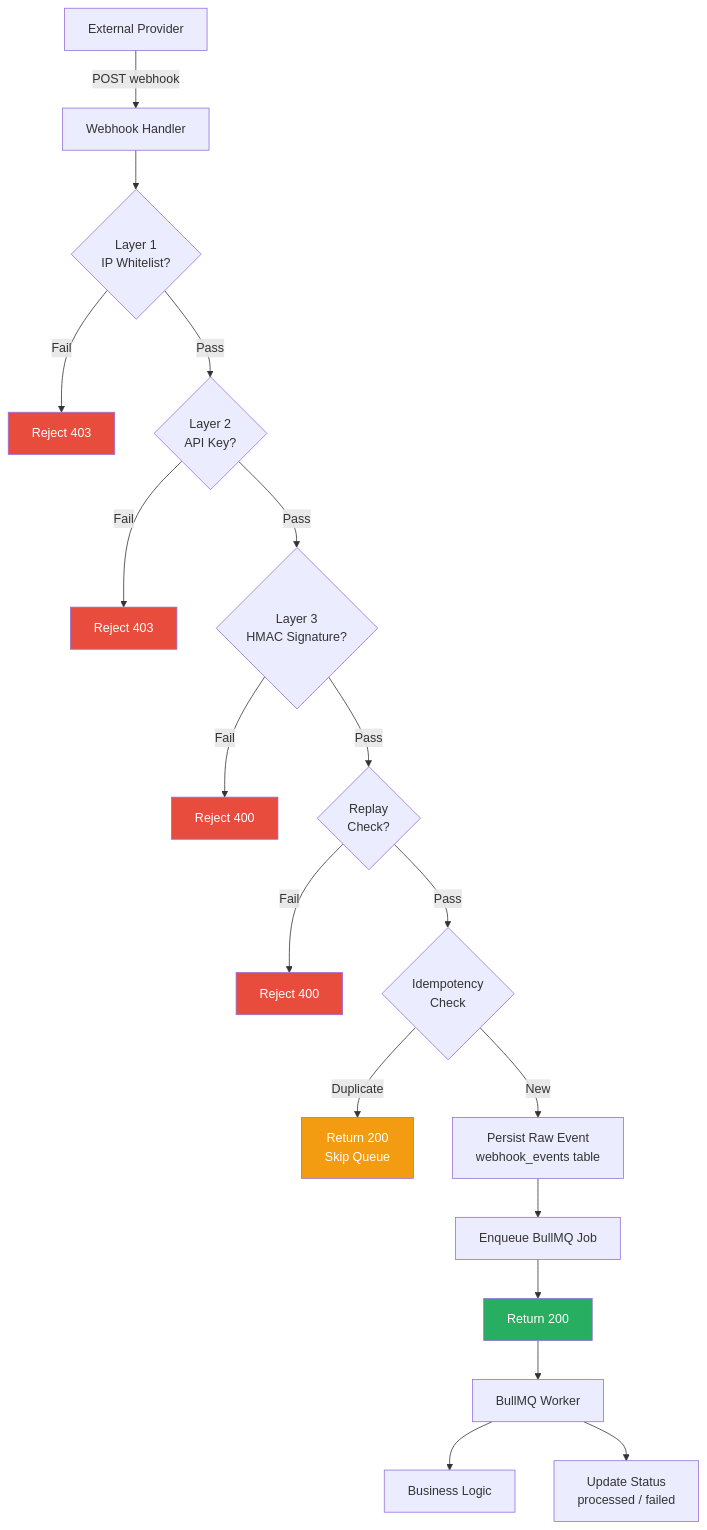
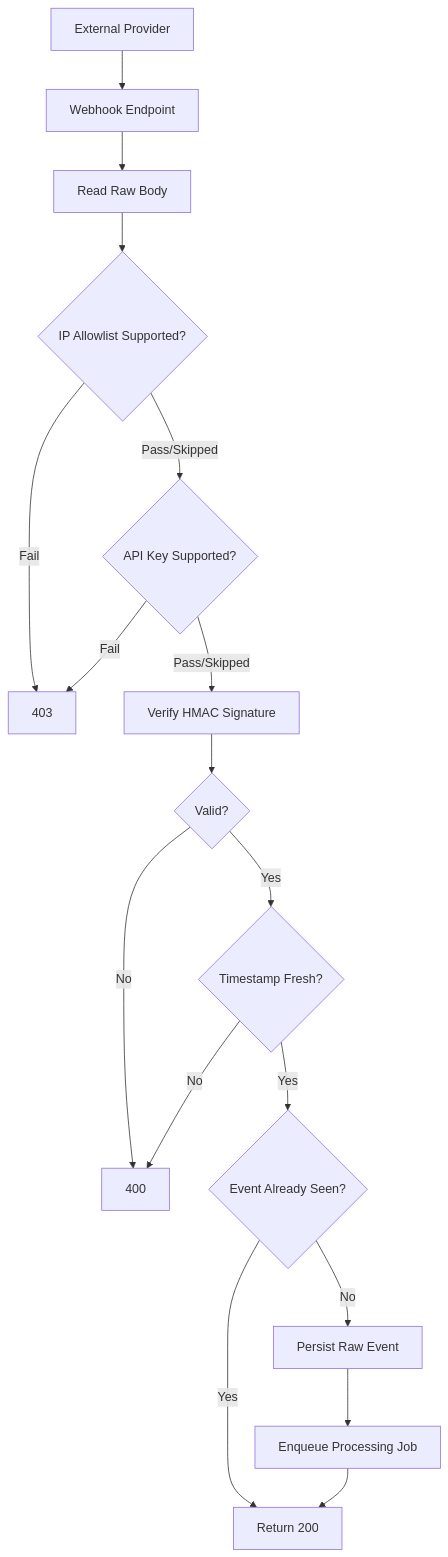
Before and after one commit to takin/knowledge-base: the tenth of 13 diagrams in raw/engineering/tech-stacks/2026-04-15-backend-bun-elysia-stack.md, drawn with Mermaid. The commit also changed other lines of this file and 50 other files, not shown here.

````diff
--- a/raw/engineering/tech-stacks/2026-04-15-backend-bun-elysia-stack.md
+++ b/raw/engineering/tech-stacks/2026-04-15-backend-bun-elysia-stack.md
@@ -400,34 +1029,19 @@
 ```mermaid
 flowchart TD
-    P[External Provider] -->|POST webhook| WH[Webhook Handler]
-    
-    WH --> L1{Layer 1<br/>IP Whitelist?}
-    L1 -- Fail --> R1[Reject 403]
-    L1 -- Pass --> L2{Layer 2<br/>API Key?}
-    
-    L2 -- Fail --> R2[Reject 403]
-    L2 -- Pass --> L3{Layer 3<br/>HMAC Signature?}
-    
-    L3 -- Fail --> R3[Reject 400]
-    L3 -- Pass --> L4{Replay<br/>Check?}
-    
-    L4 -- Fail --> R4[Reject 400]
-    L4 -- Pass --> IC{Idempotency<br/>Check}
-    
-    IC -- Duplicate --> R5[Return 200<br/>Skip Queue]
-    IC -- New --> PERSIST[Persist Raw Event<br/>webhook_events table]
-    
-    PERSIST --> ENQUEUE[Enqueue BullMQ Job]
-    ENQUEUE --> RESPOND[Return 200]
-    
-    RESPOND --> WK[BullMQ Worker]
-    WK --> BL[Business Logic]
-    WK --> UPDATE[Update Status<br/>processed / failed]
-    
-    style R1 fill:#e74c3c,color:#fff
-    style R2 fill:#e74c3c,color:#fff
-    style R3 fill:#e74c3c,color:#fff
-    style R4 fill:#e74c3c,color:#fff
-    style R5 fill:#f39c12,color:#fff
-    style RESPOND fill:#27ae60,color:#fff
+    Provider[External Provider] --> Webhook[Webhook Endpoint]
+    Webhook --> Raw[Read Raw Body]
+    Raw --> IP{IP Allowlist Supported?}
+    IP -- Fail --> Reject403[403]
+    IP -- Pass/Skipped --> ApiKey{API Key Supported?}
+    ApiKey -- Fail --> Reject403
+    ApiKey -- Pass/Skipped --> HMAC[Verify HMAC Signature]
+    HMAC --> HMACOk{Valid?}
+    HMACOk -- No --> Reject400[400]
+    HMACOk -- Yes --> Replay{Timestamp Fresh?}
+    Replay -- No --> Reject400
+    Replay -- Yes --> Idem{Event Already Seen?}
+    Idem -- Yes --> Return200[Return 200]
+    Idem -- No --> Store[Persist Raw Event]
+    Store --> Queue[Enqueue Processing Job]
+    Queue --> Return200
 ```
````
